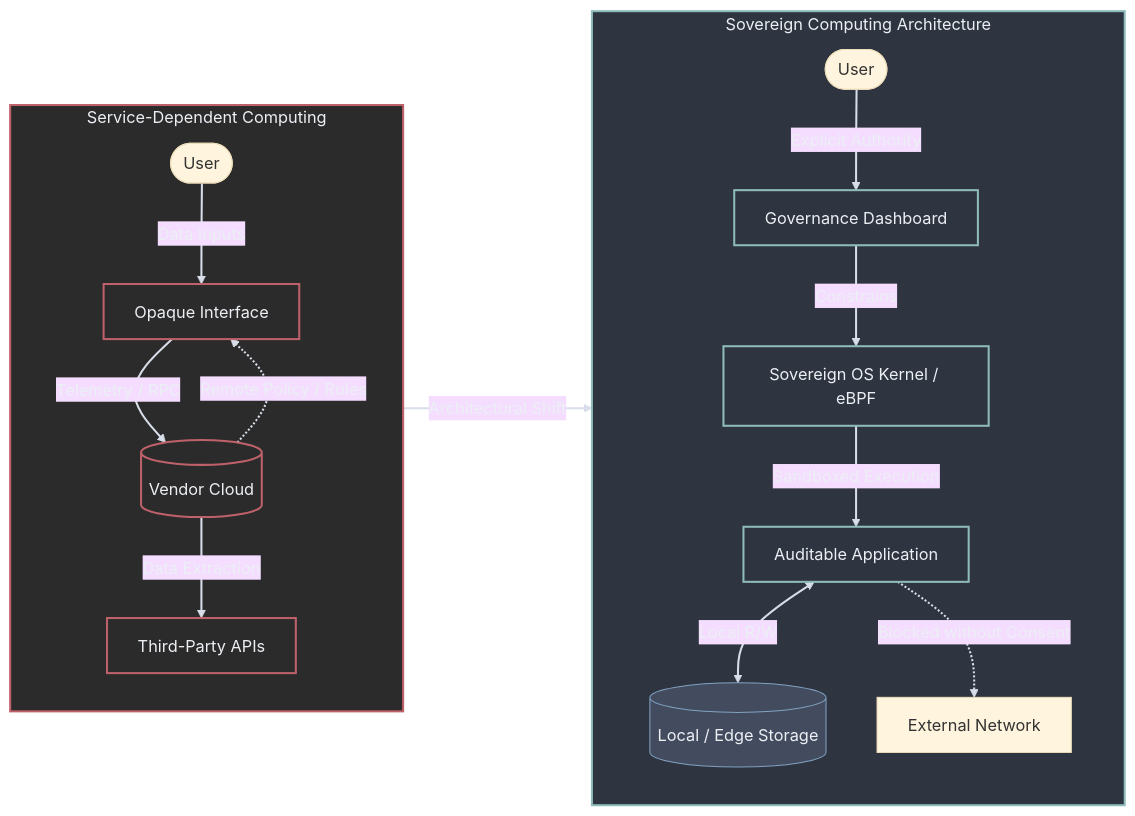
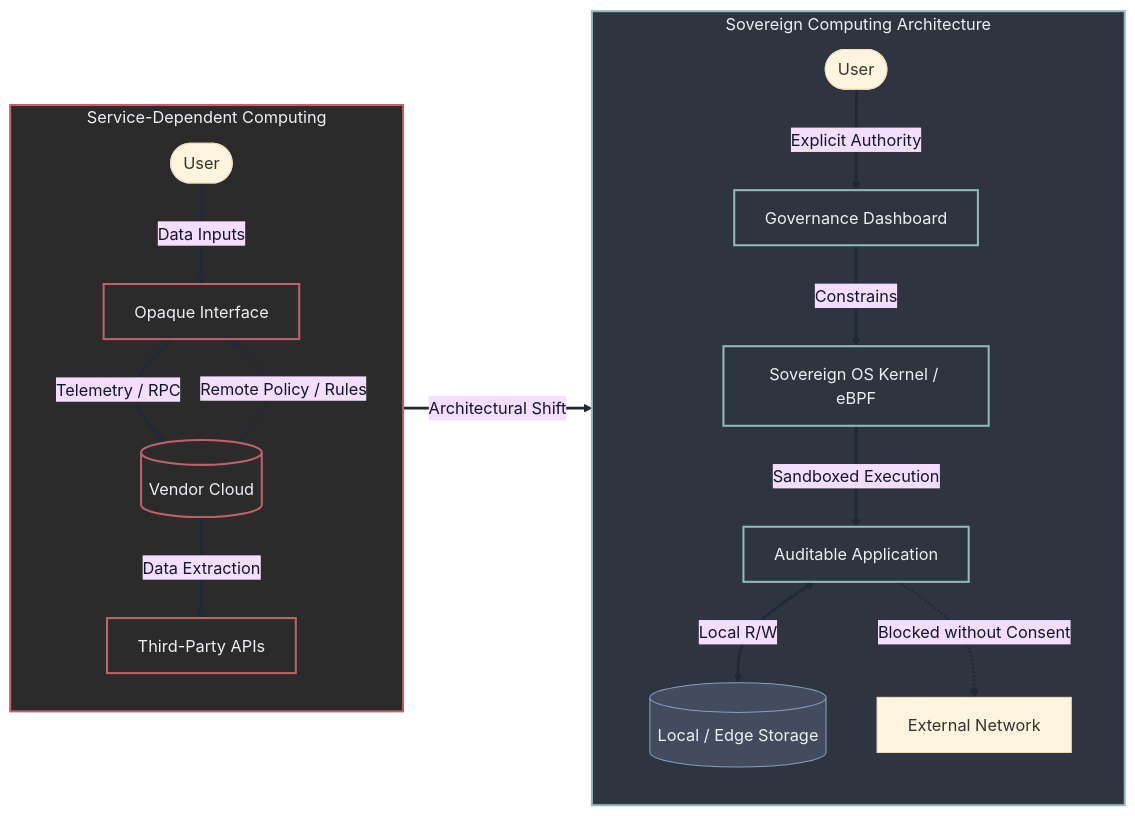
Before and after one commit to FreeOSme/web: the first of 4 diagrams in blog/content/divulgation/digital-sovereignty-architecture.md, drawn with Mermaid (base theme). The commit also changed other lines of this file and 16 other files, not shown here.

First line of the commit message:
📝 docs(divulgation): update digital sovereignty architecture article

````diff
--- a/blog/content/divulgation/digital-sovereignty-architecture.md
+++ b/blog/content/divulgation/digital-sovereignty-architecture.md
@@ -26,34 +29,34 @@
 ```mermaid
 flowchart LR
     %% Estilos de las cajas
     classDef opaque fill:#2b2b2b,stroke:#bf616a,stroke-width:2px,color:#eceff4
     classDef sovereign fill:#2e3440,stroke:#8fbcbb,stroke-width:2px,color:#eceff4
     classDef storage fill:#434c5e,stroke:#81a1c1,stroke-width:1px,color:#eceff4
 
-    %% Forzar flechas y texto de flechas a colores claros para modo oscuro
-    linkStyle default stroke:#d8dee9,stroke-width:2px,color:#eceff4
+    %% Flechas y etiquetas con alto contraste para fondos claros
+    linkStyle default stroke:#1f2937,stroke-width:2.6px,color:#111827
 
     subgraph ServiceDependent ["Service-Dependent Computing"]
         direction TB
         User1([User]) -->|Data Inputs| UI1[Opaque Interface]
         UI1 -->|Telemetry / RPC| Cloud[(Vendor Cloud)]
         Cloud -.->|Remote Policy / Rules| UI1
         Cloud -->|Data Extraction| ThirdParties[Third-Party APIs]
     end
 
     subgraph SovereignArchitecture ["Sovereign Computing Architecture"]
         direction TB
         User2([User]) -->|Explicit Authority| Gov[Governance Dashboard]
         Gov -->|Constrains| OS[Sovereign OS Kernel / eBPF]
         OS -->|Sandboxed Execution| App[Auditable Application]
         App <-->|Local R/W| LocalStore[(Local / Edge Storage)]
         App -.->|Blocked without Consent| Network[External Network]
     end
 
     ServiceDependent ==>|Architectural Shift| SovereignArchitecture
     
     %% Asignación de estilos
     class ServiceDependent,UI1,Cloud,ThirdParties opaque
     class SovereignArchitecture,Gov,OS,App sovereign
     class LocalStore storage
 ```
````
